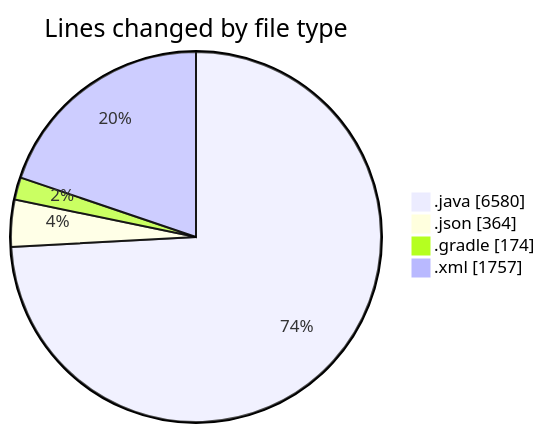
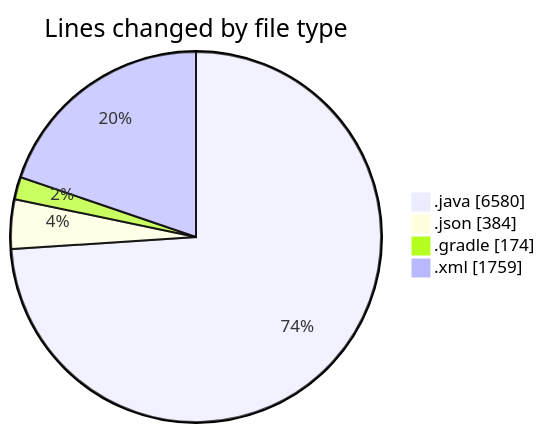
One commit to charlie-sans/code-tracking changed the first of 2 diagrams in 2025-02-22/micros/README.md. Above: the diagram before and after it, drawn with Mermaid. The commit also changed other lines of this file and 1 other file, not shown here.

````diff
--- a/2025-02-22/micros/README.md
+++ b/2025-02-22/micros/README.md
@@ -68,8 +68,8 @@
 ```mermaid
 pie showData
 title Lines changed by file type
 ".java" : 6580
-".json" : 364
+".json" : 384
 ".gradle" : 174
-".xml" : 1757
+".xml" : 1759
 ```
````
